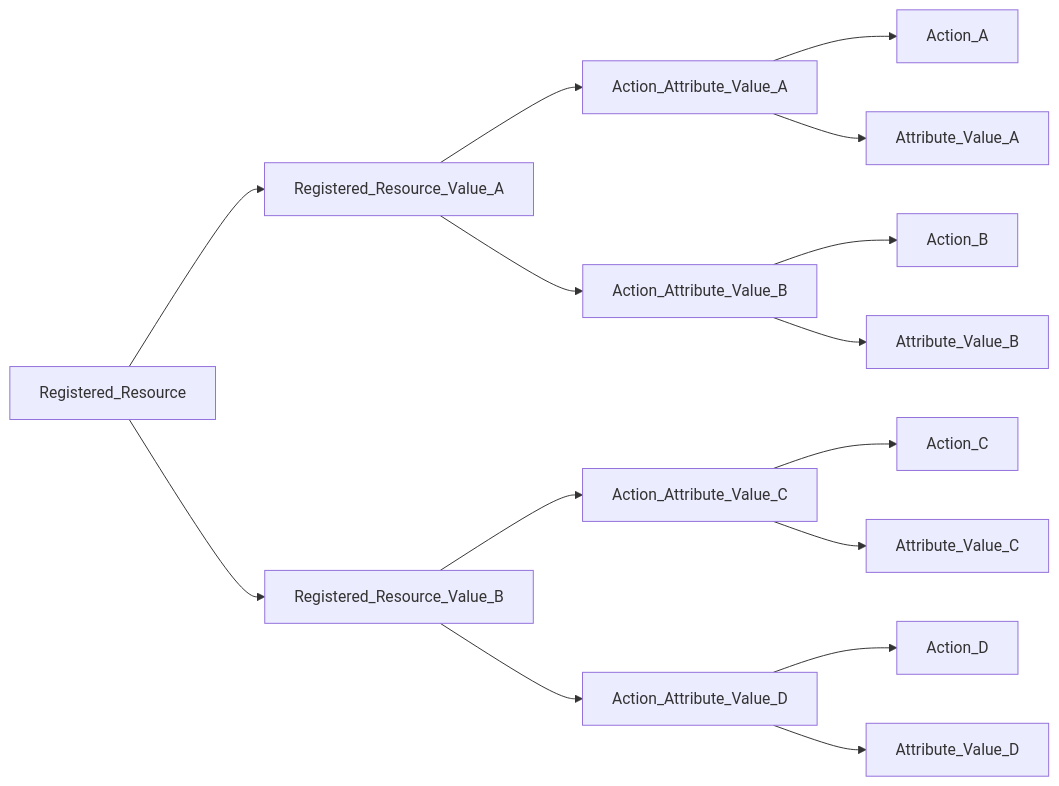
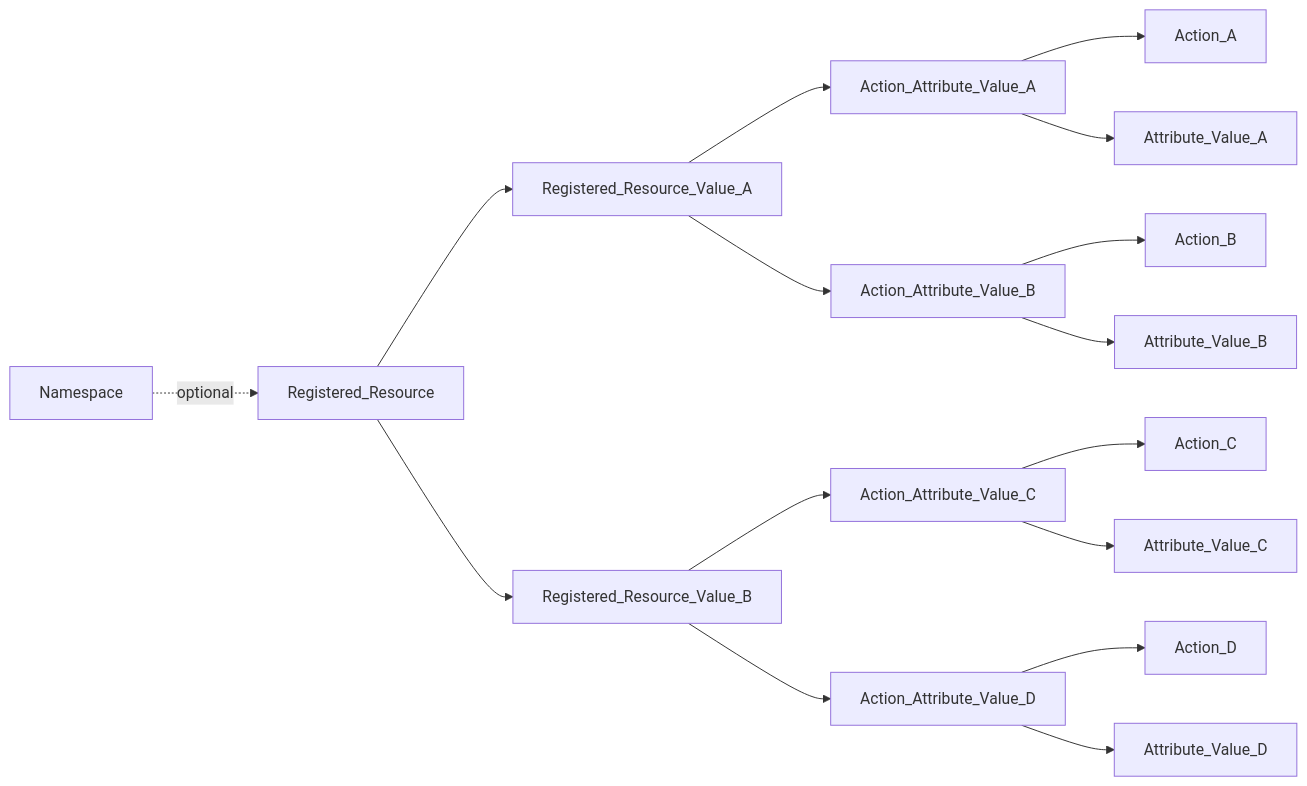
Before and after one commit to opentdf/docs: the diagram in docs/components/policy/registered_resources.md, drawn with Mermaid. The commit also changed other lines of this file and 5 other files, not shown here.

````diff
--- a/docs/components/policy/registered_resources.md
+++ b/docs/components/policy/registered_resources.md
@@ -23,22 +30,24 @@
 ```mermaid
 graph LR;
+
+Namespace-.->|optional|Registered_Resource;
 
 Registered_Resource-->Registered_Resource_Value_A;
 Registered_Resource-->Registered_Resource_Value_B;
 
 Registered_Resource_Value_A-->Action_Attribute_Value_A;
 Registered_Resource_Value_A-->Action_Attribute_Value_B;
 
 Action_Attribute_Value_A-->Action_A;
 Action_Attribute_Value_A-->Attribute_Value_A;
 Action_Attribute_Value_B-->Action_B;
 Action_Attribute_Value_B-->Attribute_Value_B;
 
 Registered_Resource_Value_B-->Action_Attribute_Value_C;
 Registered_Resource_Value_B-->Action_Attribute_Value_D;
 Action_Attribute_Value_C-->Action_C;
 Action_Attribute_Value_C-->Attribute_Value_C;
 Action_Attribute_Value_D-->Action_D;
 Action_Attribute_Value_D-->Attribute_Value_D;
 
 ```
````
